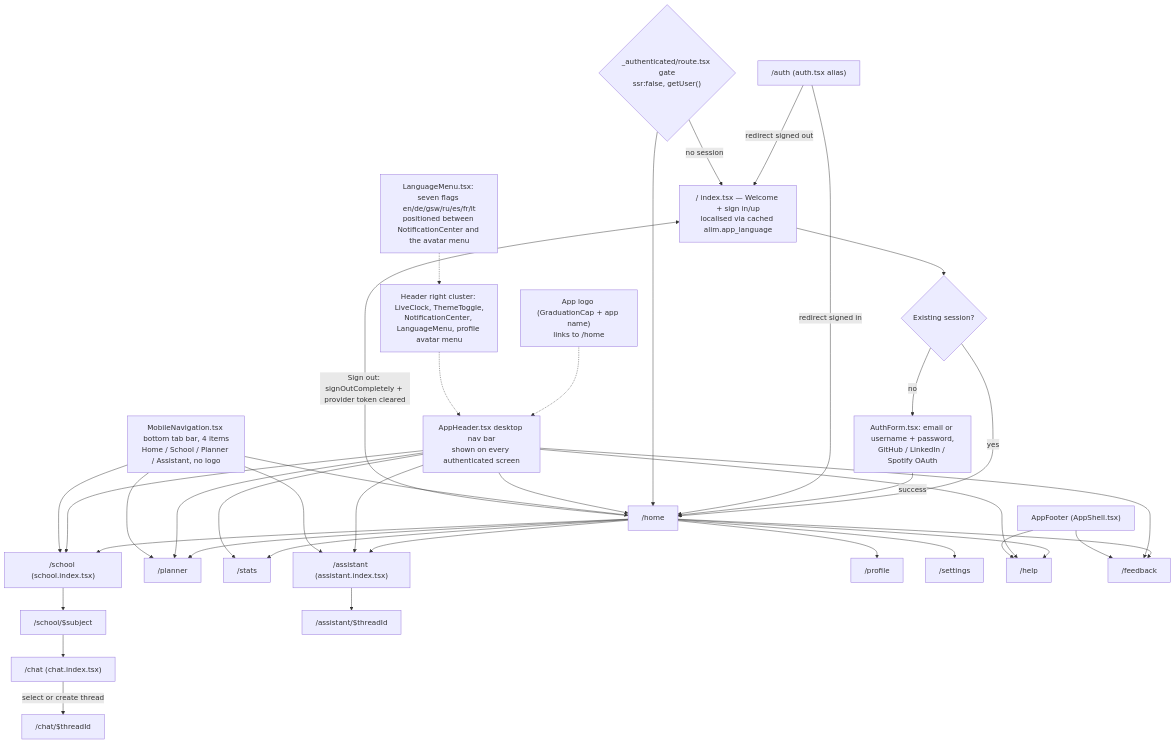
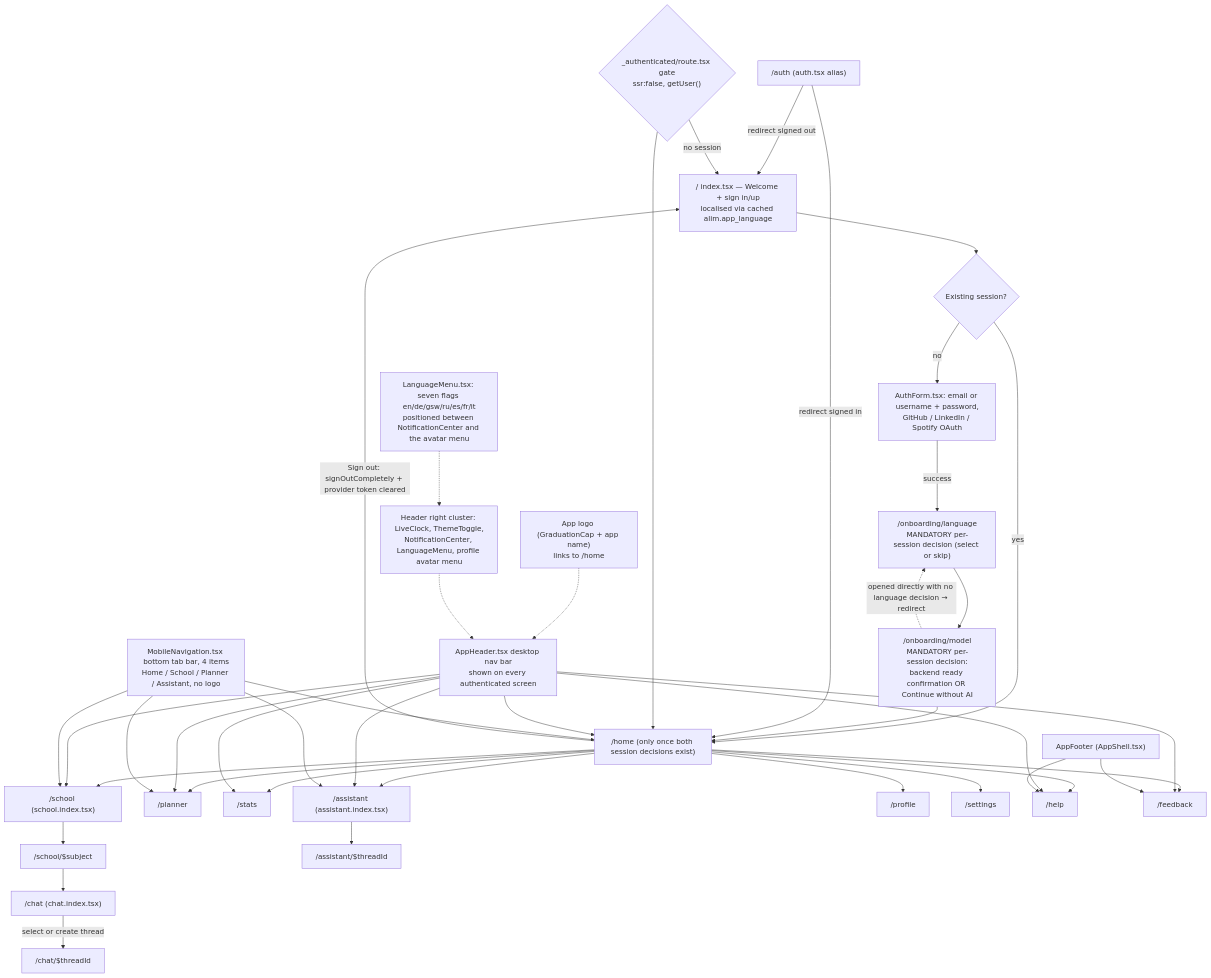
The diagram in docs/wireframes/02-routes-navigation.mmd (keyshavmor/study-swiss-star), drawn with Mermaid before and after one commit. The commit also changed 4 other files, not shown here.

```diff
--- a/docs/wireframes/02-routes-navigation.mmd
+++ b/docs/wireframes/02-routes-navigation.mmd
@@ -1,40 +1,47 @@
 %% Route map. Corrected: no /diagnostics route; header carries a seven-language flag menu
 %% (frontend/src/components/app/LanguageMenu.tsx) between NotificationCenter and the avatar menu.
 flowchart TD
   Root["/ index.tsx — Welcome + sign in/up<br/>localised via cached alim.app_language"] --> SignedIn{Existing session?}
-  SignedIn -->|yes| Home["/home"]
+  SignedIn -->|yes| Home["/home (only once both session decisions exist)"]
   SignedIn -->|no| AuthForm["AuthForm.tsx: email or username + password,<br/>GitHub / LinkedIn / Spotify OAuth"]
-  AuthForm -->|success| Home
+  AuthForm -->|success| GateLang["/onboarding/language<br/>MANDATORY per-session decision (select or skip)"]
+  GateLang --> GateModel["/onboarding/model<br/>MANDATORY per-session decision:<br/>backend ready confirmation OR Continue without AI"]
+  GateModel --> Home
+  GateModel -.->|"opened directly with no language decision → redirect"| GateLang
   AuthAlias["/auth (auth.tsx alias)"] -->|redirect signed out| Root
   AuthAlias -->|redirect signed in| Home
   Gate{"_authenticated/route.tsx gate<br/>ssr:false, getUser()"} -->|no session| Root
   Gate --> Home
   Home -->|Sign out: signOutCompletely + provider token cleared| Root
   Home --> School["/school (school.index.tsx)"]
   Home --> Planner["/planner"]
   School --> Subject["/school/$subject"]
   Home --> Stats["/stats"]
   Subject --> ChatEntry["/chat (chat.index.tsx)"]
   ChatEntry -->|select or create thread| Thread["/chat/$threadId"]
   Home --> Assistant["/assistant (assistant.index.tsx)"]
   Assistant --> AssistantThread["/assistant/$threadId"]
   Home --> Profile["/profile"]
   Home --> Settings["/settings"]
   Home --> Help["/help"]
   Home --> Feedback["/feedback"]
   Header["AppHeader.tsx desktop nav bar<br/>shown on every authenticated screen"] --> Home
   Header --> School
   Header --> Planner
   Header --> Assistant
   Header --> Stats
   Header --> Help
   Header --> Feedback
   Logo["App logo (GraduationCap + app name)<br/>links to /home"] -.-> Header
   HeaderRight["Header right cluster: LiveClock, ThemeToggle,<br/>NotificationCenter, LanguageMenu, profile avatar menu"] -.-> Header
   LangMenu["LanguageMenu.tsx: seven flags en/de/gsw/ru/es/fr/it<br/>positioned between NotificationCenter and the avatar menu"] -.-> HeaderRight
   Mobile["MobileNavigation.tsx bottom tab bar, 4 items<br/>Home / School / Planner / Assistant, no logo"] --> Home
   Mobile --> School
   Mobile --> Planner
   Mobile --> Assistant
   Footer["AppFooter (AppShell.tsx)"] --> Feedback
   Footer --> Help
+%% CURRENT (2026-09-17): authentication never depends on the local AI backend, but
+%% /home and every product route stay blocked until the per-session language decision
+%% AND the per-session model decision exist. Sign-out clears both.
+%% Canonical: docs/sequences/POST_LOGIN_STARTUP.mmd
```
